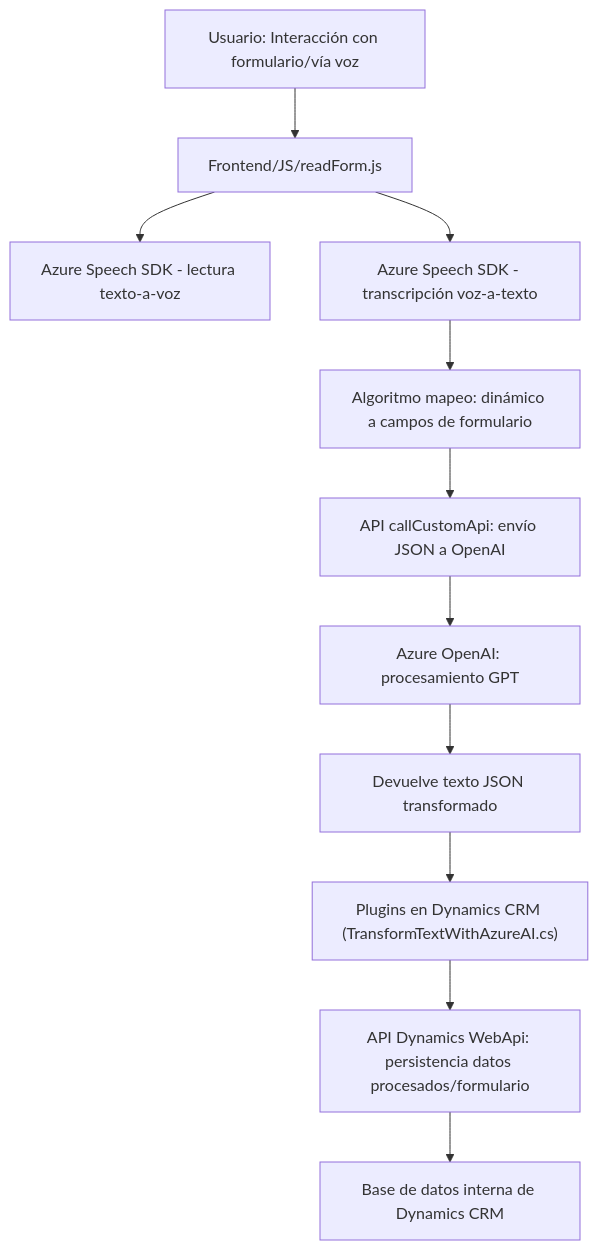
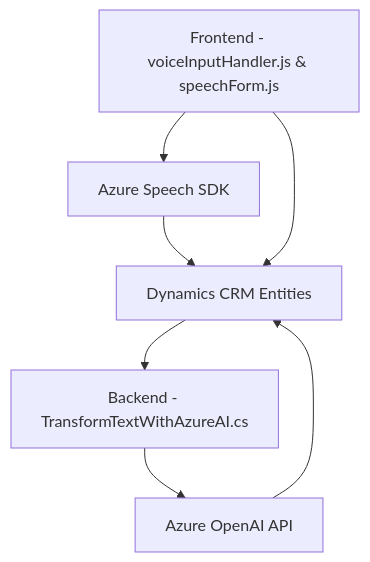
The diagram in README.md (blopezdm/NETCORE_BILBAO2025), drawn with Mermaid before and after one commit. The commit also changed other lines of this file, not shown here.

Commit message:
Actualizar análisis global de la solución con IA

````diff
--- a/README.md
+++ b/README.md
@@ -58,14 +58,15 @@
 ```mermaid
 graph TD
-    A["Usuario: Interacción con formulario/vía voz"] --> B["Frontend/JS/readForm.js"]
-    B --> C["Azure Speech SDK - lectura texto-a-voz"]
-    B --> D["Azure Speech SDK - transcripción voz-a-texto"]
-    D --> E["Algoritmo mapeo: dinámico a campos de formulario"]
-    E --> F["API callCustomApi: envío JSON a OpenAI"]
-    F --> G["Azure OpenAI: procesamiento GPT"]
-    G --> H["Devuelve texto JSON transformado"]
+    A["Frontend - voiceInputHandler.js & speechForm.js"]
+    B["Azure Speech SDK"]
+    C["Backend - TransformTextWithAzureAI.cs"]
+    D["Dynamics CRM Entities"]
+    E["Azure OpenAI API"]
 
-    H --> I["Plugins en Dynamics CRM (TransformTextWithAzureAI.cs)"]
-    I --> J["API Dynamics WebApi: persistencia datos procesados/formulario"]
-    J --> K["Base de datos interna de Dynamics CRM"]
+    A --> B
+    B --> D
+    A --> D
+    D --> C
+    C --> E
+    E --> D
 ```
````
